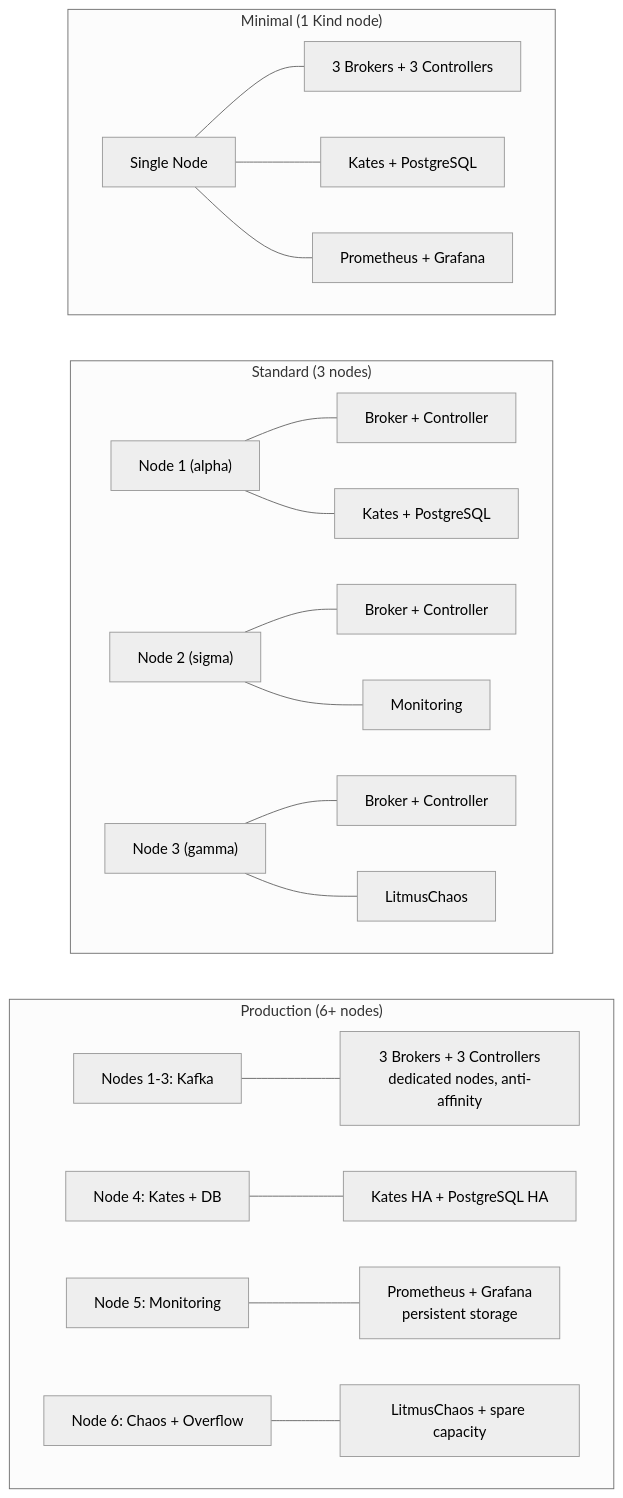
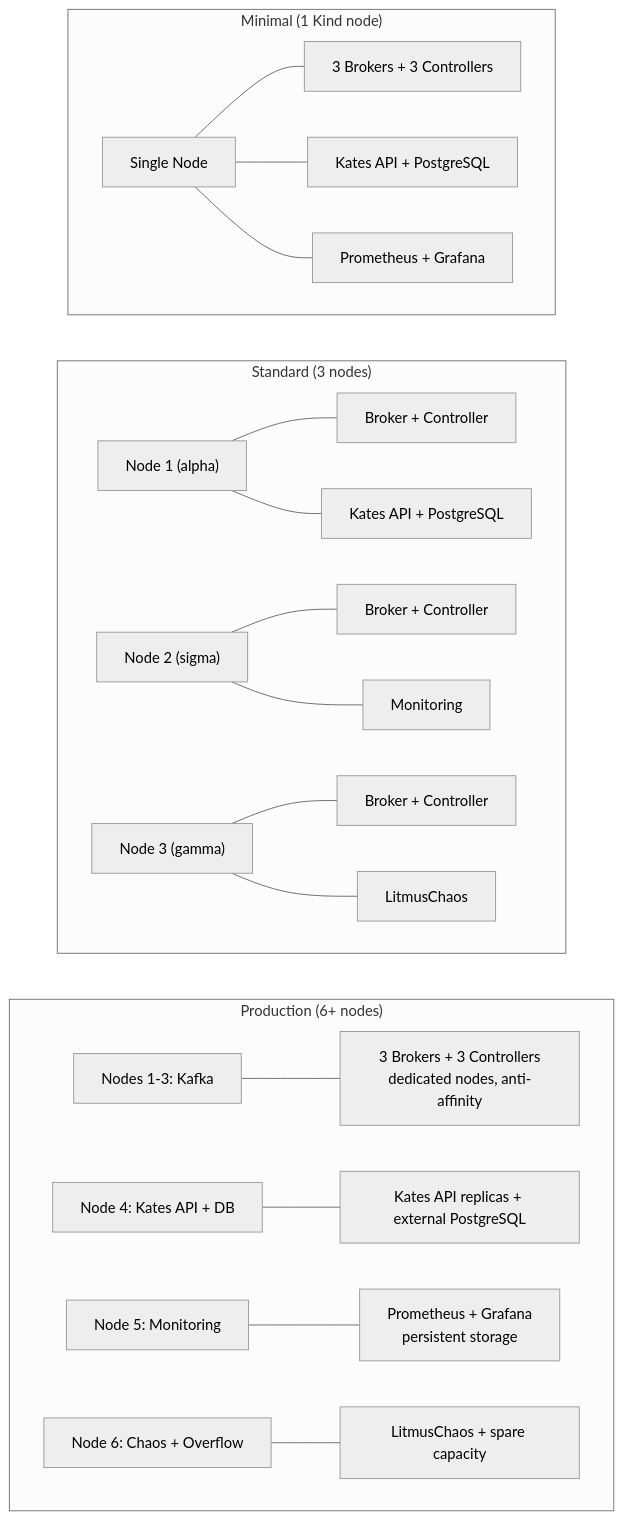
The first of 3 diagrams in docs/book/12-deployment.md (actions-marketplace-validations/bmscomp_kates), drawn with Mermaid (neutral theme) before and after one commit. The commit also changed other lines of this file and 5 other files, not shown here.

First line of the commit message:
docs(book): one home for NetworkPolicy additivity, and the Kates API's name in Parts IV and V (#227)

````diff
--- a/docs/book/12-deployment.md
+++ b/docs/book/12-deployment.md
@@ -86,37 +86,37 @@
 ```mermaid
 graph TB
     subgraph Minimal["Minimal (1 Kind node)"]
         direction LR
         MN1["Single Node"]
         MN1 --- MB["3 Brokers + 3 Controllers"]
-        MN1 --- MK["Kates + PostgreSQL"]
+        MN1 --- MK["Kates API + PostgreSQL"]
         MN1 --- MM["Prometheus + Grafana"]
     end
 
     subgraph Standard["Standard (3 nodes)"]
         direction LR
         SN1["Node 1 (alpha)"]
         SN2["Node 2 (sigma)"]
         SN3["Node 3 (gamma)"]
         SN1 --- SB1["Broker + Controller"]
         SN2 --- SB2["Broker + Controller"]
         SN3 --- SB3["Broker + Controller"]
-        SN1 --- SK["Kates + PostgreSQL"]
+        SN1 --- SK["Kates API + PostgreSQL"]
         SN2 --- SM["Monitoring"]
         SN3 --- SL["LitmusChaos"]
     end
 
     subgraph Production["Production (6+ nodes)"]
         direction LR
         PN1["Nodes 1-3: Kafka"]
-        PN4["Node 4: Kates + DB"]
+        PN4["Node 4: Kates API + DB"]
         PN5["Node 5: Monitoring"]
         PN6["Node 6: Chaos + Overflow"]
         PN1 --- PB["3 Brokers + 3 Controllers<br/>dedicated nodes, anti-affinity"]
-        PN4 --- PK["Kates HA + PostgreSQL HA"]
+        PN4 --- PK["Kates API replicas + external PostgreSQL"]
         PN5 --- PM["Prometheus + Grafana<br/>persistent storage"]
         PN6 --- PL["LitmusChaos + spare capacity"]
     end
 
     Minimal ~~~ Standard ~~~ Production
 ```
````
